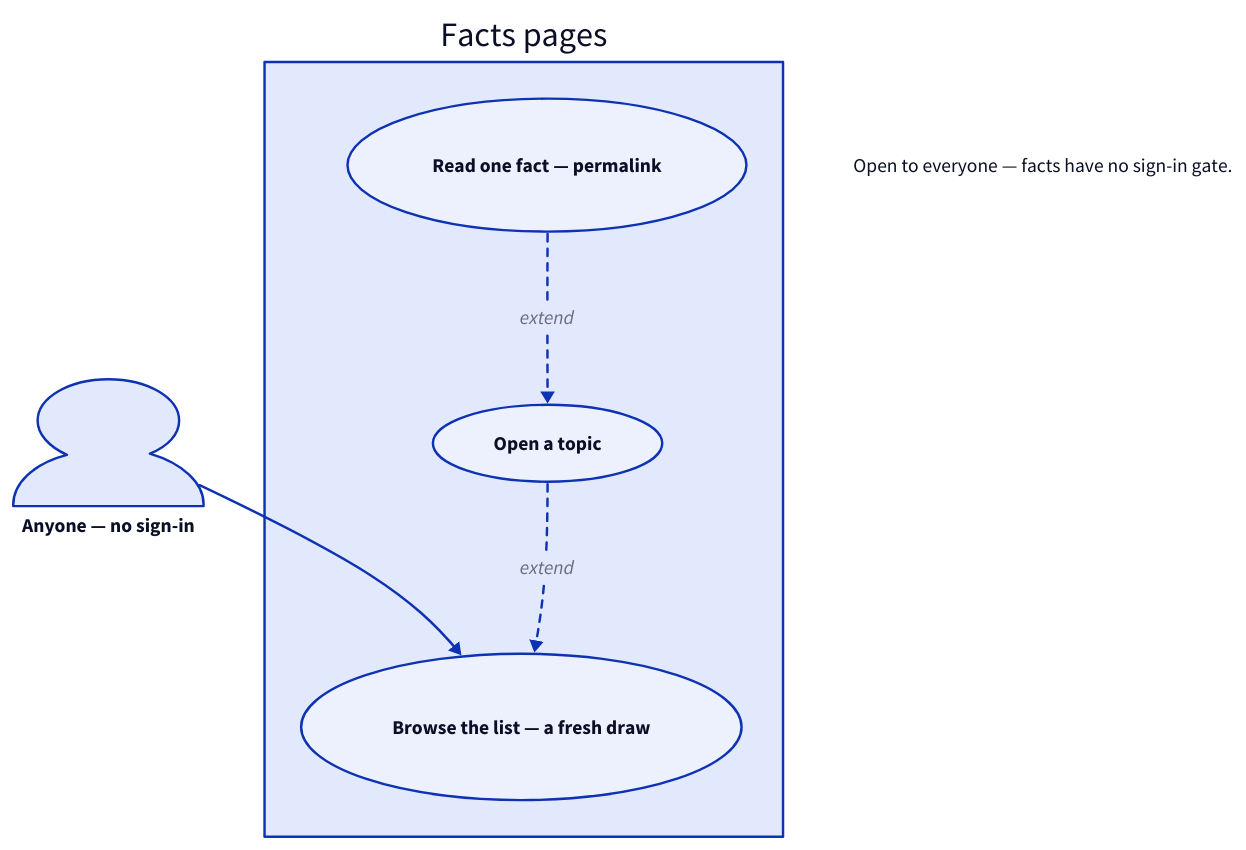
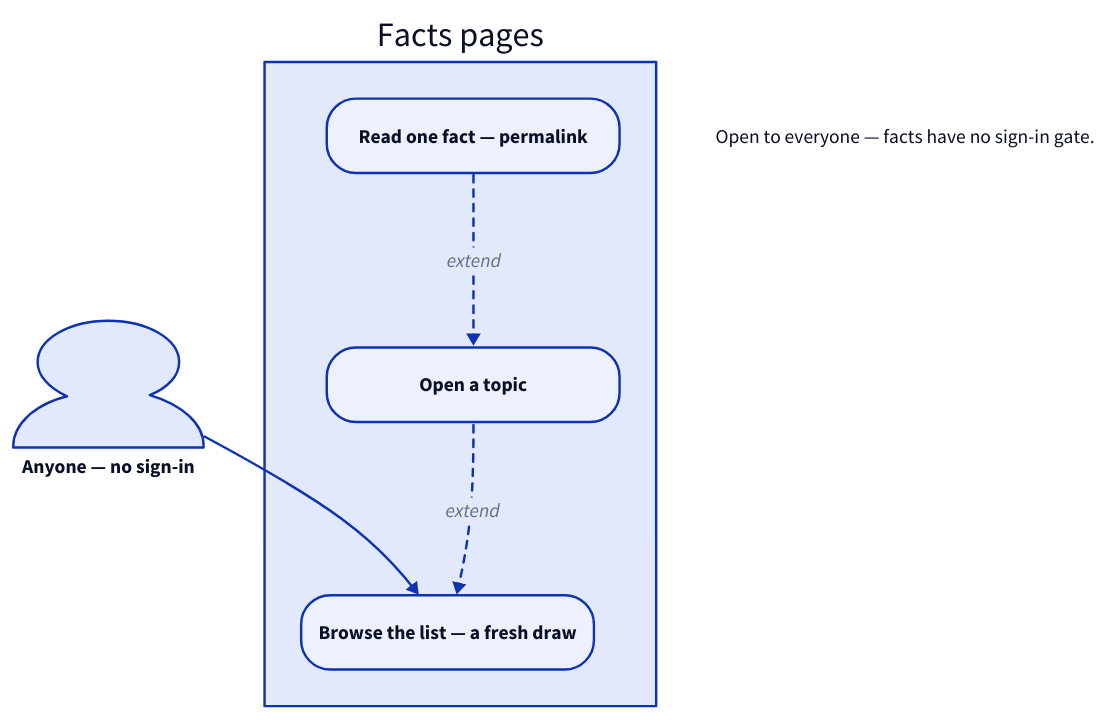
The first of 2 diagrams in docs/reference/ourapp/docs/facts.md (aitchnyu/agent-beta), drawn with D2 before and after one commit. The commit also changed 33 other files, not shown here.

````diff
--- a/docs/reference/ourapp/docs/facts.md
+++ b/docs/reference/ourapp/docs/facts.md
@@ -8,13 +8,13 @@
 ```d2
 direction: down
 visitor: Anyone — no sign-in {shape: person}
 facts: Facts pages {
-  browse: Browse the list — a fresh draw {shape: oval}
-  pick_topic: Open a topic {shape: oval}
-  read_one: Read one fact — permalink {shape: oval}
+  browse: Browse the list — a fresh draw {width: 240; style.border-radius: 24}
+  pick_topic: Open a topic {width: 240; style.border-radius: 24}
+  read_one: Read one fact — permalink {width: 240; style.border-radius: 24}
 }
 visitor -> facts.browse
 facts.pick_topic -> facts.browse: extend {style.stroke-dash: 3}
 facts.read_one -> facts.pick_topic: extend {style.stroke-dash: 3}
 note: Open to everyone — facts have no sign-in gate. {shape: text}
 ```
````
